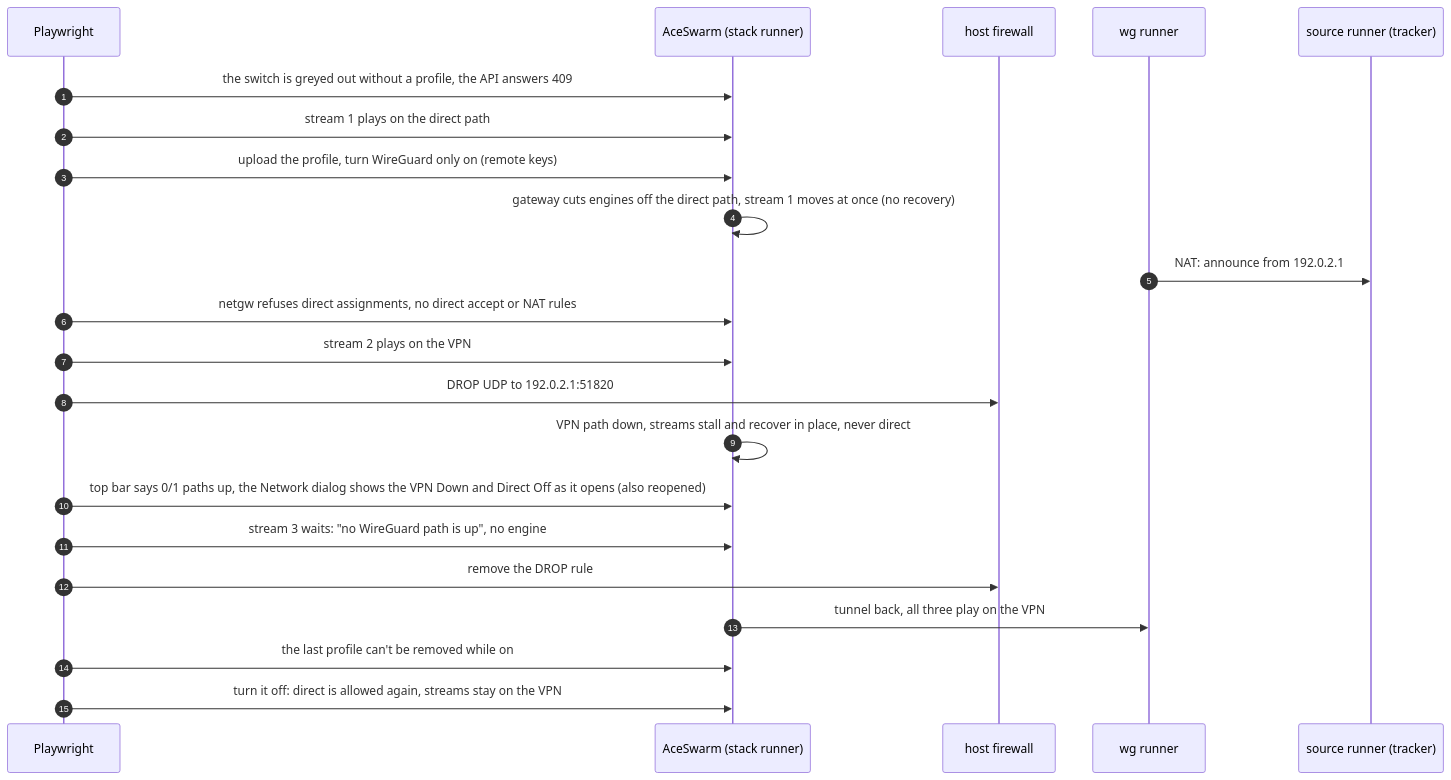
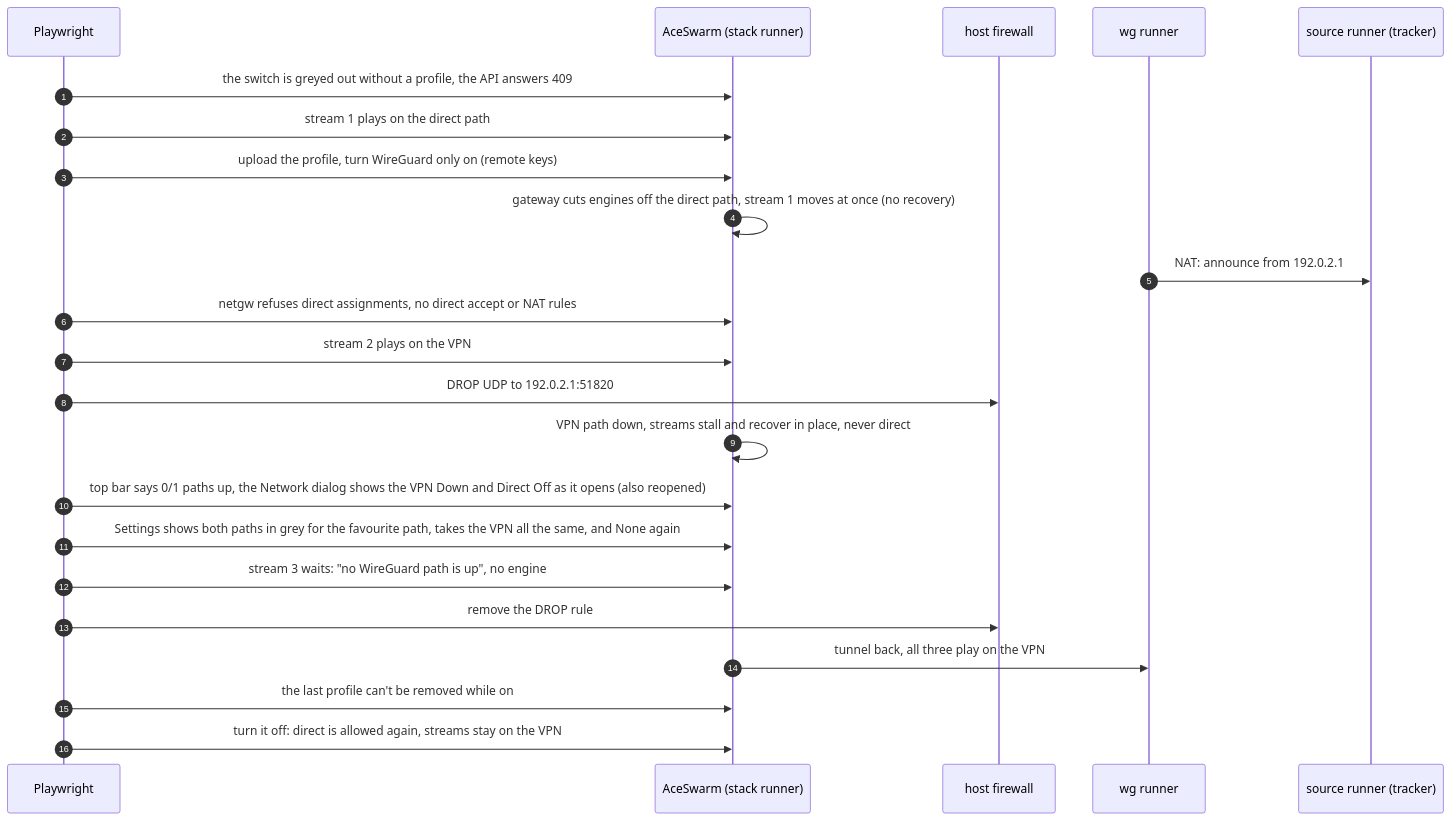
Before and after one commit to sergimn/AceSwarm: diagram 15 of 15 in e2e/README.md, drawn with Mermaid. The commit also changed other lines of this file and 38 other files, not shown here.

First line of the commit message:
Add a favourite path that streams move to once they are stable on it (#90)

````diff
--- a/e2e/README.md
+++ b/e2e/README.md
@@ -424,24 +428,25 @@
 ```mermaid
 sequenceDiagram
   autonumber
   participant T as Playwright
   participant AS as AceSwarm (stack runner)
   participant FW as host firewall
   participant WG as wg runner
   participant SRC as source runner (tracker)
   T->>AS: the switch is greyed out without a profile, the API answers 409
   T->>AS: stream 1 plays on the direct path
   T->>AS: upload the profile, turn WireGuard only on (remote keys)
   AS->>AS: gateway cuts engines off the direct path, stream 1 moves at once (no recovery)
   WG->>SRC: NAT: announce from 192.0.2.1
   T->>AS: netgw refuses direct assignments, no direct accept or NAT rules
   T->>AS: stream 2 plays on the VPN
   T->>FW: DROP UDP to 192.0.2.1:51820
   AS->>AS: VPN path down, streams stall and recover in place, never direct
   T->>AS: top bar says 0/1 paths up, the Network dialog shows the VPN Down and Direct Off as it opens (also reopened)
+  T->>AS: Settings shows both paths in grey for the favourite path, takes the VPN all the same, and None again
   T->>AS: stream 3 waits: "no WireGuard path is up", no engine
   T->>FW: remove the DROP rule
   AS->>WG: tunnel back, all three play on the VPN
   T->>AS: the last profile can't be removed while on
   T->>AS: turn it off: direct is allowed again, streams stay on the VPN
 ```
````
